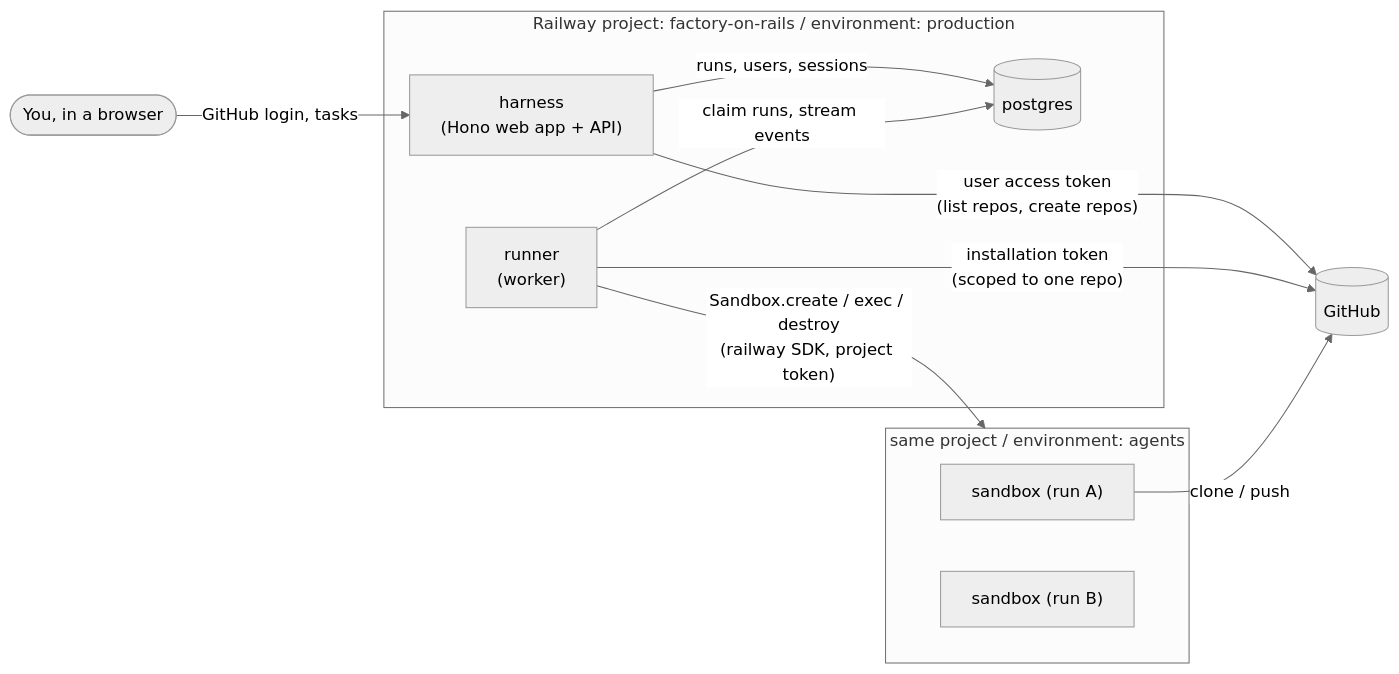
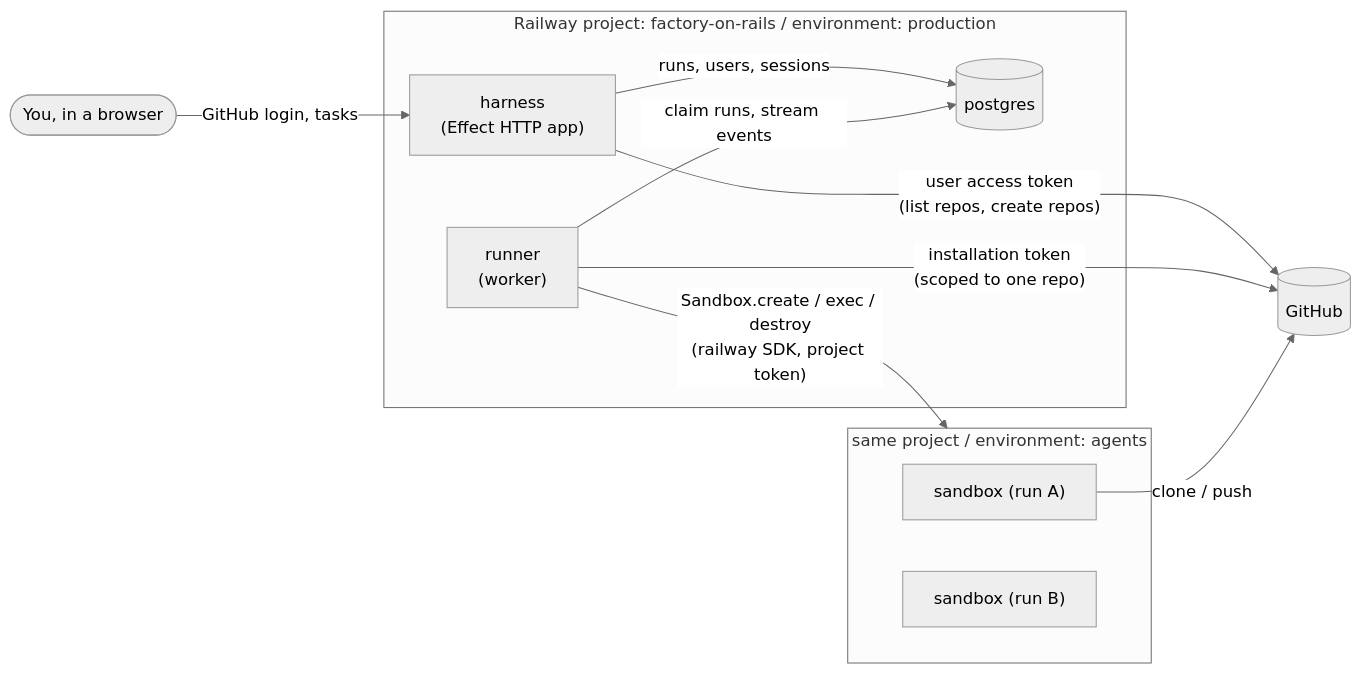
Before and after one commit to shixzie/factory-on-rails: the diagram in docs/architecture.md, drawn with Mermaid (neutral theme). The commit also changed other lines of this file and 43 other files, not shown here.

First line of the commit message:
Rewrite core, harness and runner on Effect

````diff
--- a/docs/architecture.md
+++ b/docs/architecture.md
@@ -11,19 +11,19 @@
 ```mermaid
 flowchart LR
   user([You, in a browser]) -->|GitHub login, tasks| harness
   subgraph production["Railway project: factory-on-rails / environment: production"]
-    harness["harness<br/>(Hono web app + API)"]
+    harness["harness<br/>(Effect HTTP app)"]
     runner["runner<br/>(worker)"]
     db[("postgres")]
     harness -- runs, users, sessions --> db
     runner -- claim runs, stream events --> db
   end
   subgraph agents["same project / environment: agents"]
     sbx1["sandbox (run A)"]
     sbx2["sandbox (run B)"]
   end
   runner -- "Sandbox.create / exec / destroy<br/>(railway SDK, project token)" --> agents
   harness -- "user access token<br/>(list repos, create repos)" --> gh[(GitHub)]
   runner -- "installation token<br/>(scoped to one repo)" --> gh
   sbx1 -- "clone / push" --> gh
 ```
````
